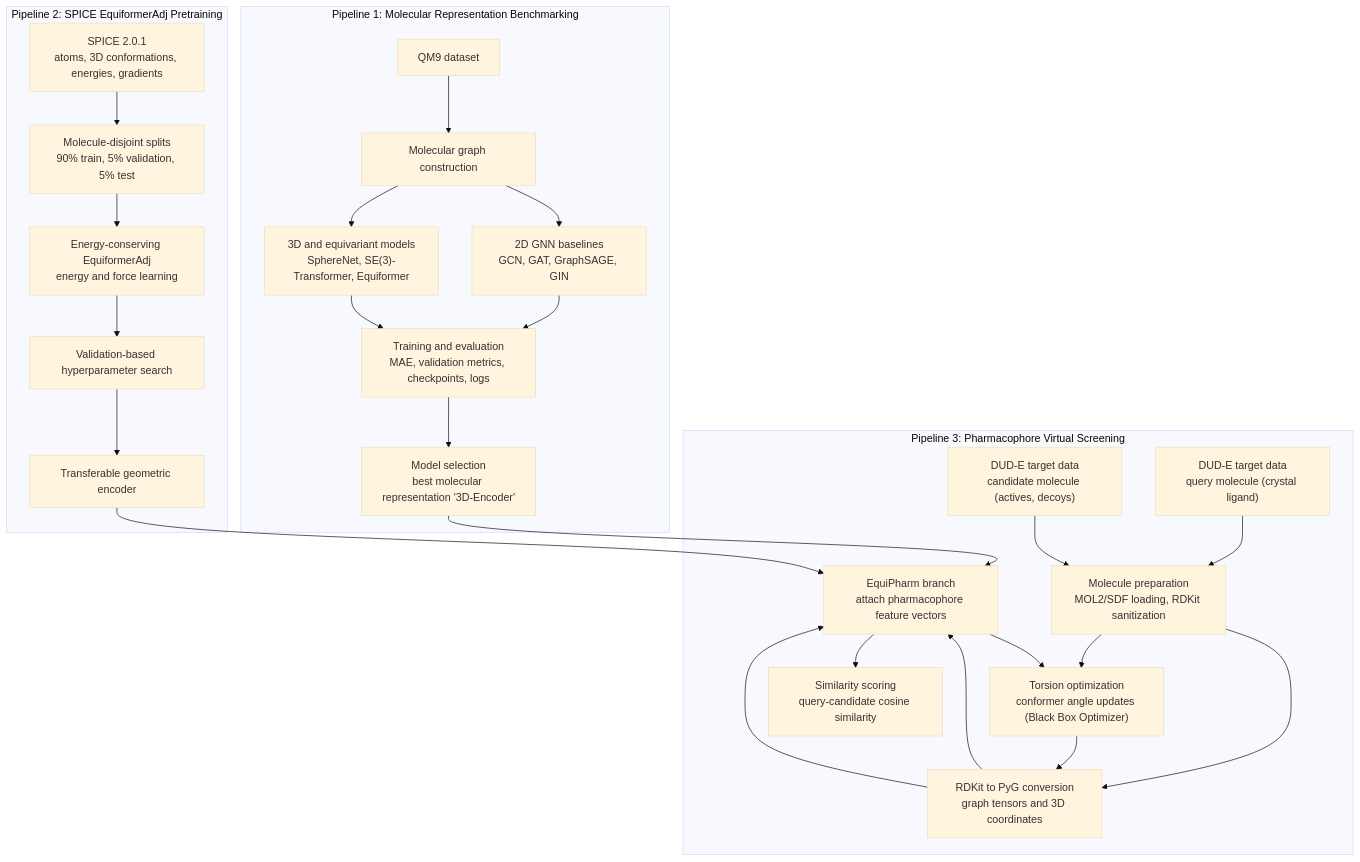
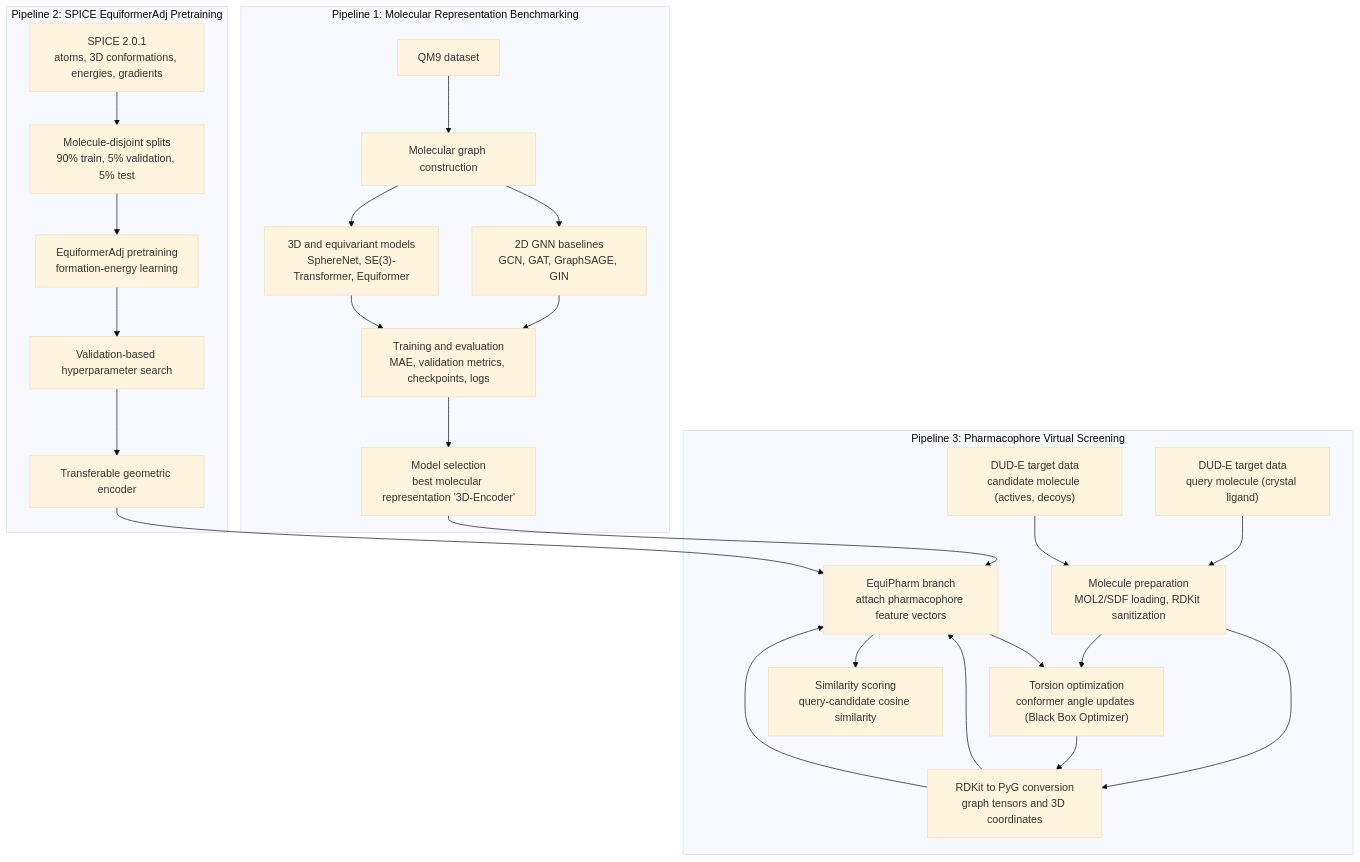
Before and after one commit to ismail7CAa/EquiPharm: the diagram in README.md, drawn with Mermaid (base theme). The commit also changed other lines of this file and 7 other files, not shown here.

````diff
--- a/README.md
+++ b/README.md
@@ -5,55 +5,55 @@
 ```mermaid
 flowchart TB
   subgraph B["Pipeline 1: Molecular Representation Benchmarking"]
     B1["QM9 dataset"]
     B2["Molecular graph construction"]
     B3["2D GNN baselines<br/>GCN, GAT, GraphSAGE, GIN"]
     B4["3D and equivariant models<br/>SphereNet, SE(3)-Transformer, Equiformer"]
     B5["Training and evaluation<br/>MAE, validation metrics, checkpoints, logs"]
     B6["Model selection<br/>best molecular representation '3D-Encoder'"]
 
     B1 --> B2
     B2 --> B3
     B2 --> B4
     B3 --> B5
     B4 --> B5
     B5 --> B6
   end
 
   subgraph S["Pipeline 2: SPICE EquiformerAdj Pretraining"]
     S1["SPICE 2.0.1<br/>atoms, 3D conformations, energies, gradients"]
     S2["Molecule-disjoint splits<br/>90% train, 5% validation, 5% test"]
-    S3["Energy-conserving EquiformerAdj<br/>energy and force learning"]
+    S3["EquiformerAdj pretraining<br/>formation-energy learning"]
     S4["Validation-based hyperparameter search"]
     S5["Transferable geometric encoder"]
 
     S1 --> S2
     S2 --> S3
     S3 --> S4
     S4 --> S5
   end
 
   subgraph P["Pipeline 3: Pharmacophore Virtual Screening"]
     P1["DUD-E target data<br/>query molecule (crystal ligand)"]
     P2["DUD-E target data<br/>candidate molecule (actives, decoys)"]
     P3["Molecule preparation<br/>MOL2/SDF loading, RDKit sanitization"]
     P4["Torsion optimization<br/>conformer angle updates (Black Box Optimizer)"]
     P5["RDKit to PyG conversion<br/>graph tensors and 3D coordinates"]
     P6["EquiPharm branch<br/>attach pharmacophore feature vectors"]
     P7["Similarity scoring<br/>query-candidate cosine similarity"]
 
     P1 --> P3
     P2 --> P3
     P3 --> P4
     P3 --> P5
     P4 --> P5
     P5 --> P6
     P5 --> P6
     P6 --> P7
     P6 --> P4
     
   end
 
   B6 --> P6
   S5 --> P6
 ```
````
